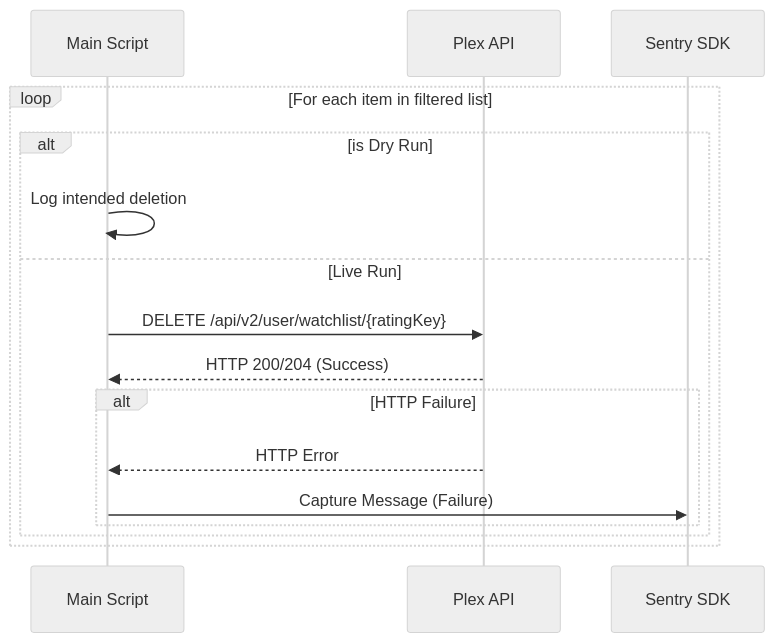
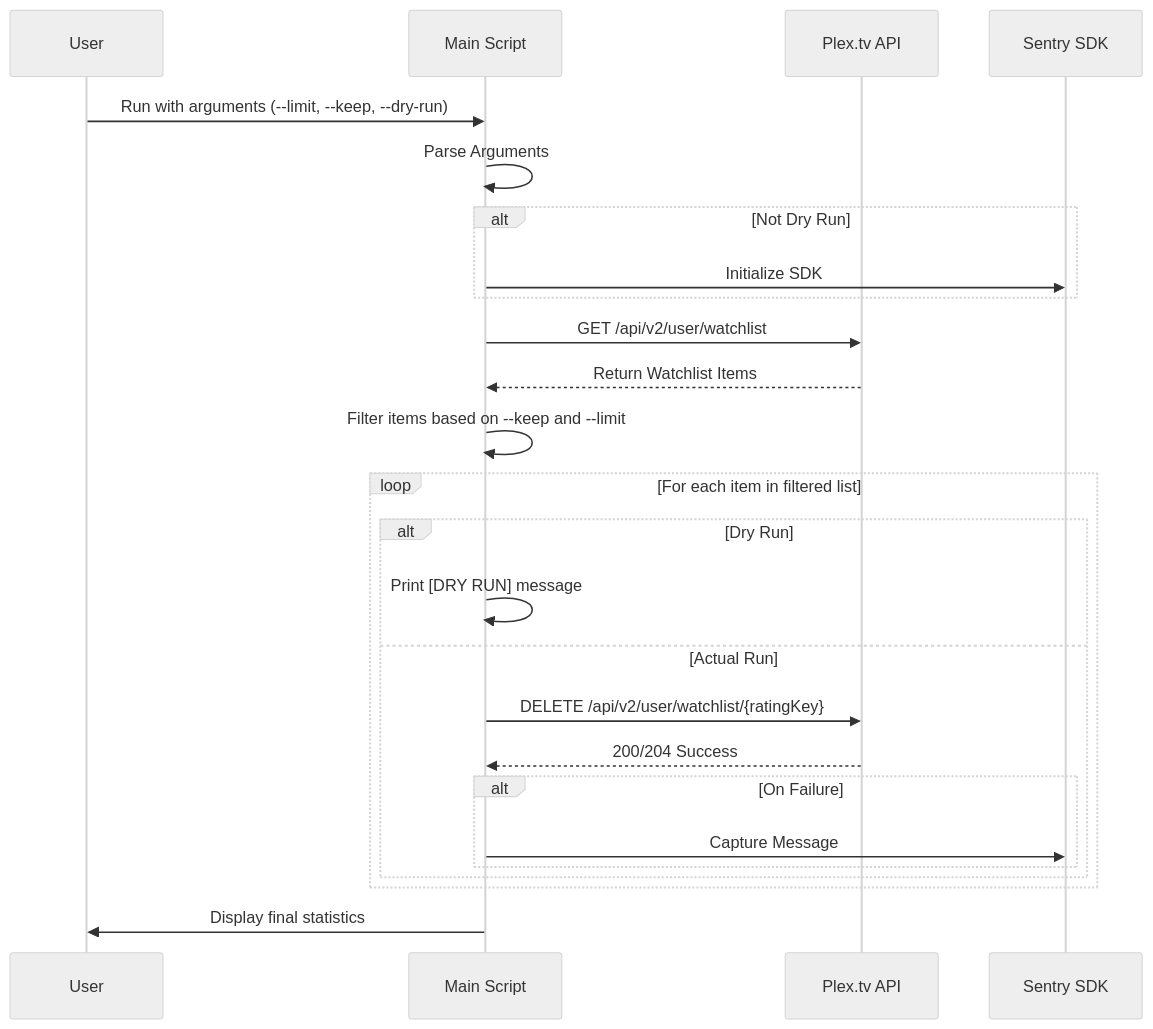
Before and after one commit to Avkroken/Docker-idempotent-update: the second of 2 diagrams in .cubic/wiki/05-sec-architecture/02-page-plex-api.md, drawn with Mermaid (neutral theme). The commit also changed other lines of this file and 42 other files, not shown here.

````diff
--- a/.cubic/wiki/05-sec-architecture/02-page-plex-api.md
+++ b/.cubic/wiki/05-sec-architecture/02-page-plex-api.md
@@ -74,19 +86,28 @@
 ```mermaid
 sequenceDiagram
+    participant User
     participant Script as Main Script
-    participant API as Plex API
+    participant Plex as Plex.tv API
     participant Sentry as Sentry SDK
-    
+
+    User->>Script: Run with arguments (--limit, --keep, --dry-run)
+    Script->>Script: Parse Arguments
+    alt Not Dry Run
+        Script->>Sentry: Initialize SDK
+    end
+    Script->>Plex: GET /api/v2/user/watchlist
+    Plex-->>Script: Return Watchlist Items
+    Script->>Script: Filter items based on --keep and --limit
     loop For each item in filtered list
-        alt is Dry Run
-            Script->>Script: Log intended deletion
-        else Live Run
-            Script->>API: DELETE /api/v2/user/watchlist/{ratingKey}
-            API-->>Script: HTTP 200/204 (Success)
-            alt HTTP Failure
-                API-->>Script: HTTP Error
-                Script->>Sentry: Capture Message (Failure)
+        alt Dry Run
+            Script->>Script: Print [DRY RUN] message
+        else Actual Run
+            Script->>Plex: DELETE /api/v2/user/watchlist/{ratingKey}
+            Plex-->>Script: 200/204 Success
+            alt On Failure
+                Script->>Sentry: Capture Message
             end
         end
     end
+    Script->>User: Display final statistics
 ```
````
